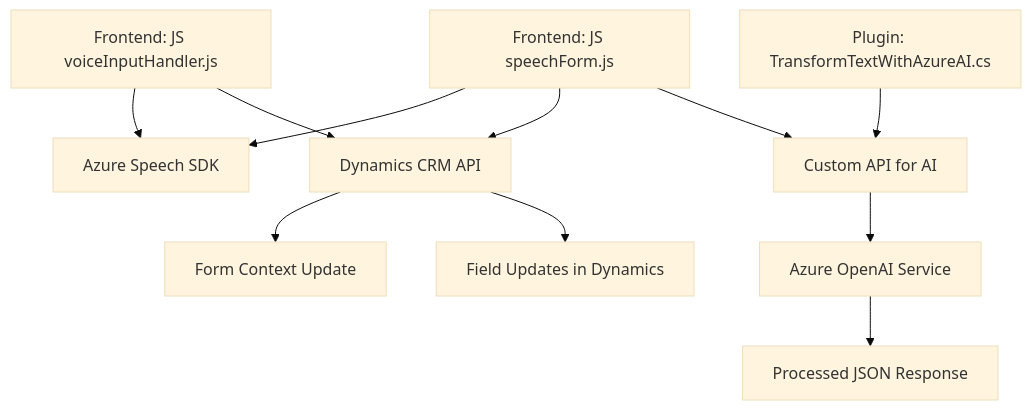
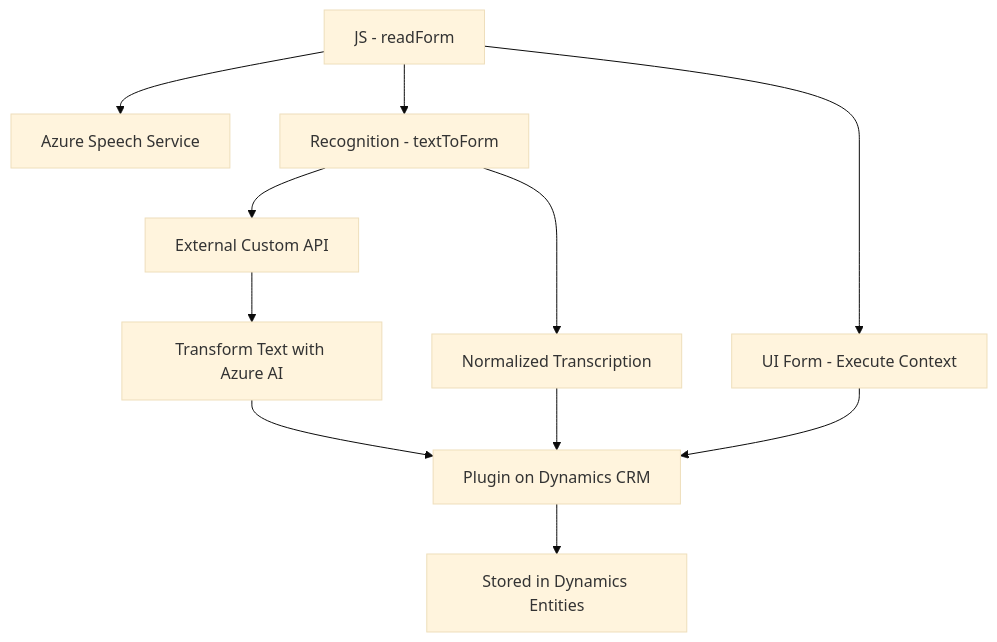
The diagram in README.md (blopezdm/NETCORE_BILBAO2025), drawn with Mermaid (base theme) before and after one commit. The commit also changed other lines of this file, not shown here.

````diff
--- a/README.md
+++ b/README.md
@@ -45,13 +39,13 @@
 ```mermaid
 graph TD
-    A["Frontend: JS voiceInputHandler.js"] --> B["Azure Speech SDK"]
-    A --> C["Dynamics CRM API"]
-    C --> D["Form Context Update"]
-    E["Frontend: JS speechForm.js"] --> B
-    E --> C
-    E --> F["Custom API for AI"]
-    G["Plugin: TransformTextWithAzureAI.cs"] --> F
-    F --> H["Azure OpenAI Service"]
-    H --> I["Processed JSON Response"]
-    C --> J["Field Updates in Dynamics"]
+    A["JS - readForm"] --> B["Azure Speech Service"]
+    A --> C["Recognition - textToForm"]
+    A --> D["UI Form - Execute Context"]
+    C --> E["Normalized Transcription"]
+    C --> F["External Custom API"]
+    F --> G["Transform Text with Azure AI"]
+    G --> H["Plugin on Dynamics CRM"]
+    E --> H
+    D --> H
+    H --> I["Stored in Dynamics Entities"]
 ```
````
